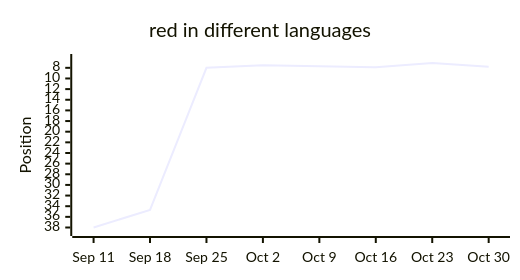
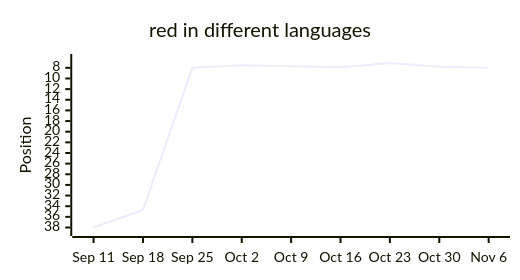
Before and after one commit to langx/website: the tenth of 13 diagrams in latest.md, drawn with Mermaid. The commit also changed other lines of this file and 2 other files, not shown here.

````diff
--- a/latest.md
+++ b/latest.md
@@ -154,13 +154,13 @@
 ```mermaid
 ---
 config:
   xyChart:
     width: 500
     height: 260
 ---
 xychart-beta
   title "red in different languages"
-  x-axis ["Sep 11", "Sep 18", "Sep 25", "Oct 2", "Oct 9", "Oct 16", "Oct 23", "Oct 30"]
+  x-axis ["Sep 11", "Sep 18", "Sep 25", "Oct 2", "Oct 9", "Oct 16", "Oct 23", "Oct 30", "Nov 6"]
   y-axis "Position" 38 --> 7
-  line [38, 34.7, 8, 7.5, 7.7, 7.9, 7.1, 7.8]
+  line [38, 34.7, 8, 7.5, 7.7, 7.9, 7.1, 7.8, 8]
 ```
````
